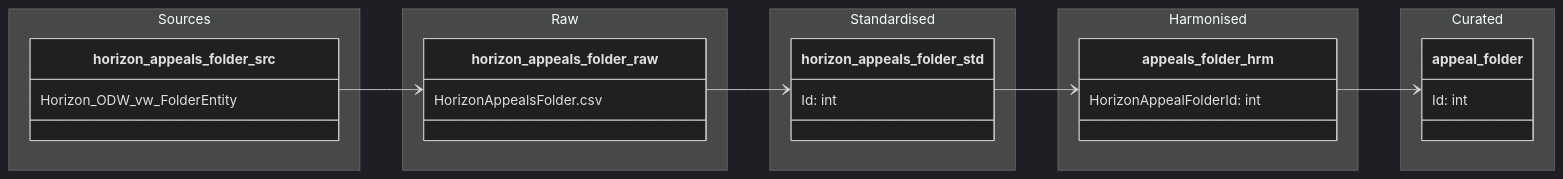
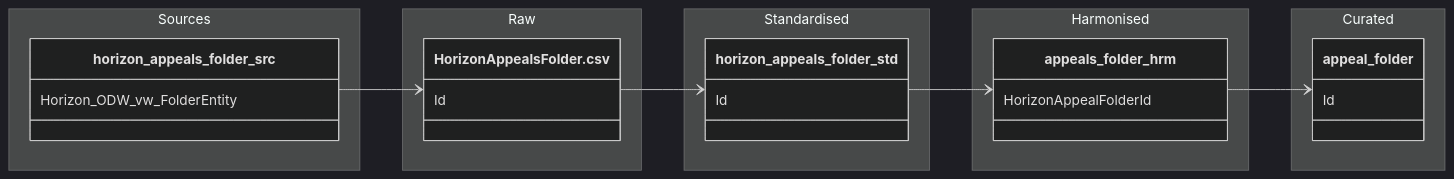
One commit to Planning-Inspectorate/odw-synapse-workspace changed the diagram in data-models/appeal-folder.md. Above: the diagram before and after it, drawn with Mermaid (dark theme).

````diff
--- a/data-models/appeal-folder.md
+++ b/data-models/appeal-folder.md
@@ -7,48 +7,48 @@
 ```mermaid
 classDiagram
 
     direction LR
 
     namespace Sources {
 
         class horizon_appeals_folder_src {
             Horizon_ODW_vw_FolderEntity
         }
     }
 
     namespace Raw {
 
-        class horizon_appeals_folder_raw {
-            HorizonAppealsFolder.csv
+        class HorizonAppealsFolder.csv {
+            Id
         }
     }
 
     namespace Standardised {
 
         class horizon_appeals_folder_std {
-            Id: int
+            Id
         }
     }
 
     namespace Harmonised {
 
         class appeals_folder_hrm {
-            HorizonAppealFolderId: int
+            HorizonAppealFolderId
         }
     }
 
     namespace Curated {
 
         class appeal_folder {
-            Id: int
+            Id
         }
     }
 
-    horizon_appeals_folder_src --> horizon_appeals_folder_raw
+    horizon_appeals_folder_src --> HorizonAppealsFolder.csv
 
-    horizon_appeals_folder_raw --> horizon_appeals_folder_std
+    HorizonAppealsFolder.csv --> horizon_appeals_folder_std
 
     horizon_appeals_folder_std --> appeals_folder_hrm
 
     appeals_folder_hrm --> appeal_folder
 ```
````
